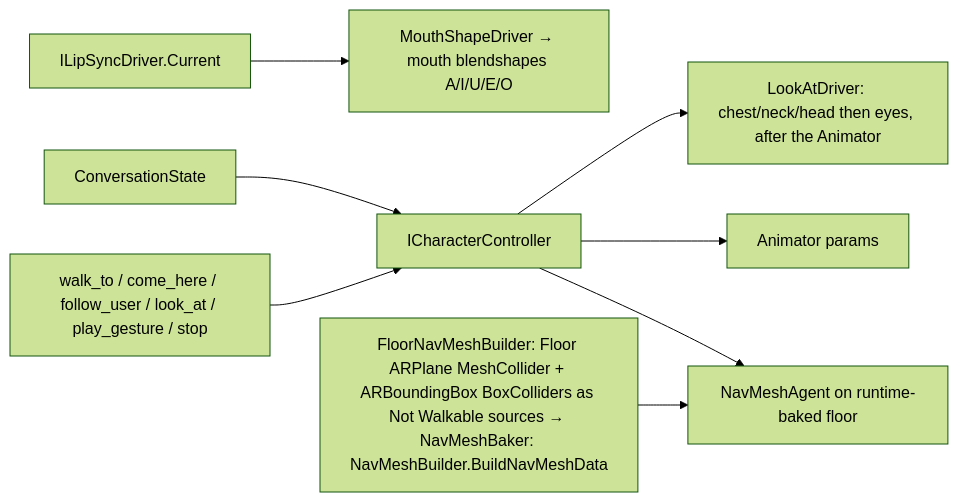
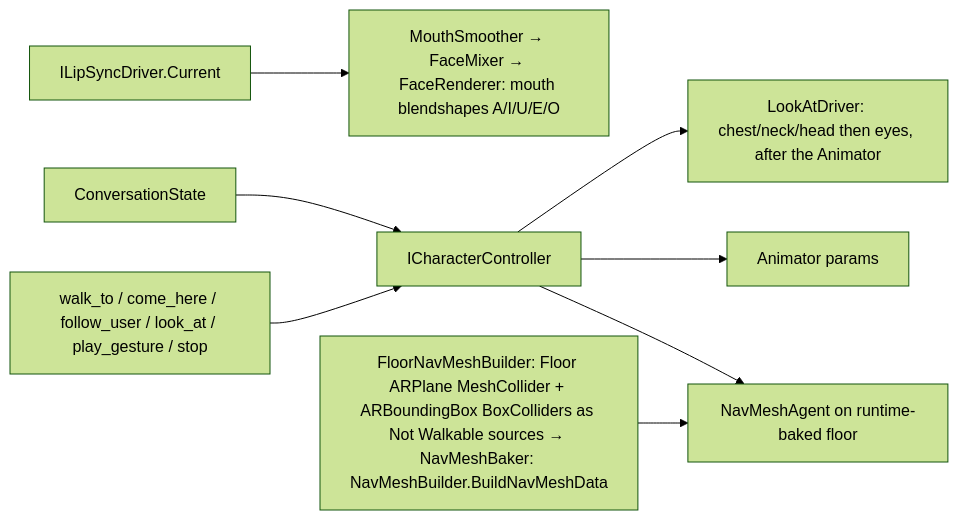
One commit to ImageekCompany/nubi-mixed-reality-ai-companion changed the sixth of 7 diagrams in docs/architecture.md. Above: the diagram before and after it, drawn with Mermaid (forest theme). The commit also changed other lines of this file and 9 other files, not shown here.

````diff
--- a/docs/architecture.md
+++ b/docs/architecture.md
@@ -281,10 +281,10 @@
 ```mermaid
 graph LR
   Tools[walk_to / come_here / follow_user / look_at / play_gesture / stop] --> CC[ICharacterController]
   Conv[ConversationState] --> CC
-  Lip[ILipSyncDriver.Current] --> Mouth[MouthShapeDriver → mouth blendshapes A/I/U/E/O]
+  Lip[ILipSyncDriver.Current] --> Mouth[MouthSmoother → FaceMixer → FaceRenderer: mouth blendshapes A/I/U/E/O]
   CC --> Agent[NavMeshAgent on runtime-baked floor]
   CC --> Anim[Animator params]
   CC --> Look[LookAtDriver: chest/neck/head then eyes, after the Animator]
   Floor[FloorNavMeshBuilder: Floor ARPlane MeshCollider + ARBoundingBox BoxColliders as Not Walkable sources → NavMeshBaker: NavMeshBuilder.BuildNavMeshData] --> Agent
 ```
````
